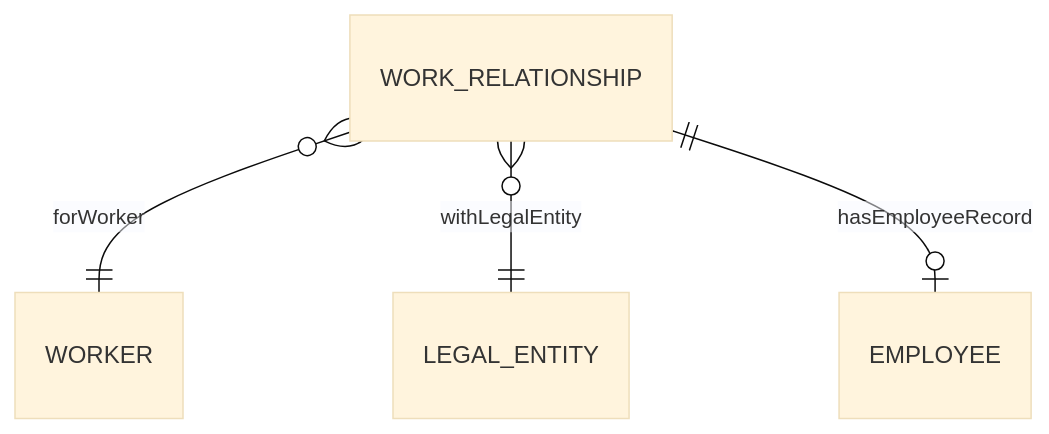
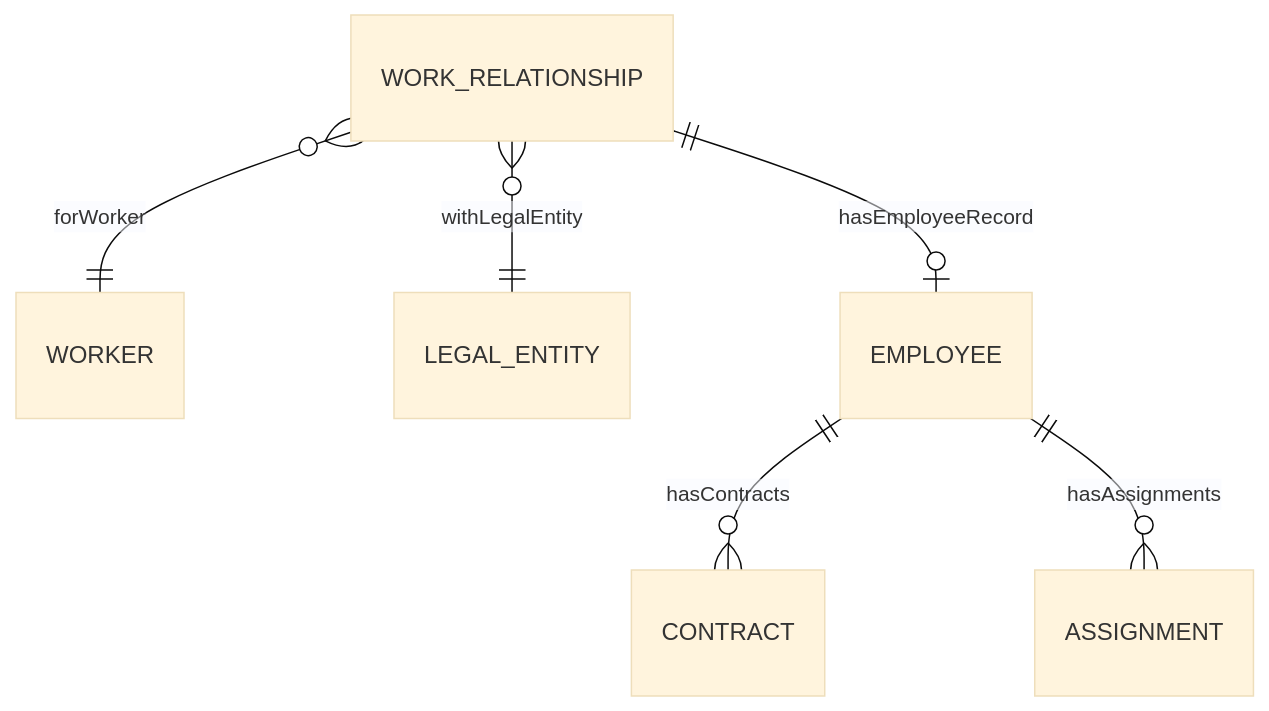
One commit to a4b-corporation/xTalent changed the third of 3 diagrams in docs/01-modules/CO/00-ontology/domain/work-relationship/work-relationship.onto.md. Above: the diagram before and after it, drawn with Mermaid (base theme). The commit also changed other lines of this file, not shown here.

````diff
--- a/docs/01-modules/CO/00-ontology/domain/work-relationship/work-relationship.onto.md
+++ b/docs/01-modules/CO/00-ontology/domain/work-relationship/work-relationship.onto.md
@@ -212,6 +363,9 @@
 ```mermaid
 erDiagram
     WORK_RELATIONSHIP }o--|| WORKER : "forWorker"
     WORK_RELATIONSHIP }o--|| LEGAL_ENTITY : "withLegalEntity"
     WORK_RELATIONSHIP ||--o| EMPLOYEE : "hasEmployeeRecord"
+    
+    EMPLOYEE ||--o{ CONTRACT : "hasContracts"
+    EMPLOYEE ||--o{ ASSIGNMENT : "hasAssignments"
 ```
````
